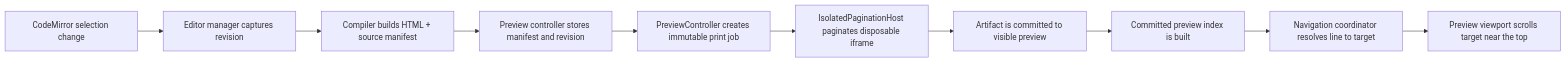
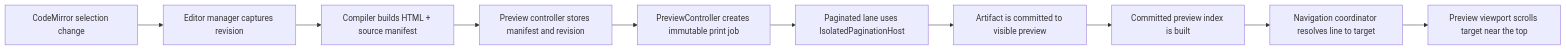
The diagram in docs/developer/preview-navigation.md (vtvfdccvn4-crypto/clean-writer), drawn with Mermaid before and after one commit. The commit also changed other lines of this file and 64 other files, not shown here.

Commit message:
Refine application shell and preview architecture

````diff
--- a/docs/developer/preview-navigation.md
+++ b/docs/developer/preview-navigation.md
@@ -15,12 +15,12 @@
 ```mermaid
 flowchart LR
   A[CodeMirror selection change] --> B[Editor manager captures revision]
   B --> C[Compiler builds HTML + source manifest]
   C --> D[Preview controller stores manifest and revision]
   D --> E[PreviewController creates immutable print job]
-  E --> F[IsolatedPaginationHost paginates disposable iframe]
+  E --> F[Paginated lane uses IsolatedPaginationHost]
   F --> G[Artifact is committed to visible preview]
   G --> H[Committed preview index is built]
   H --> I[Navigation coordinator resolves line to target]
   I --> J[Preview viewport scrolls target near the top]
 ```
````
